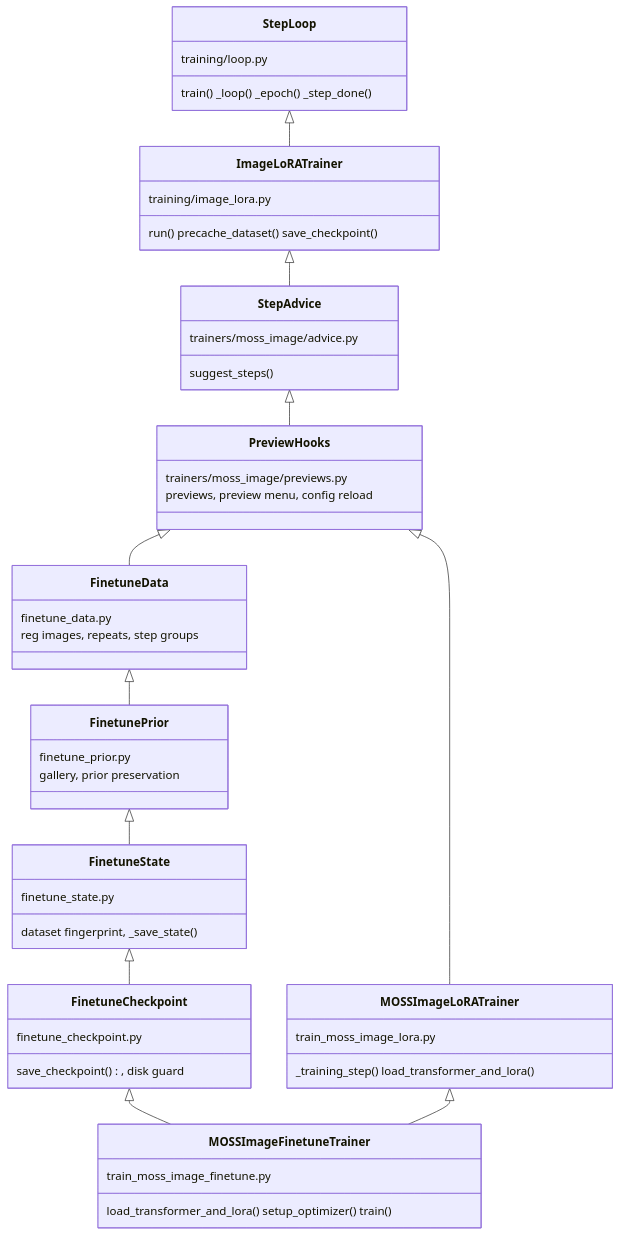
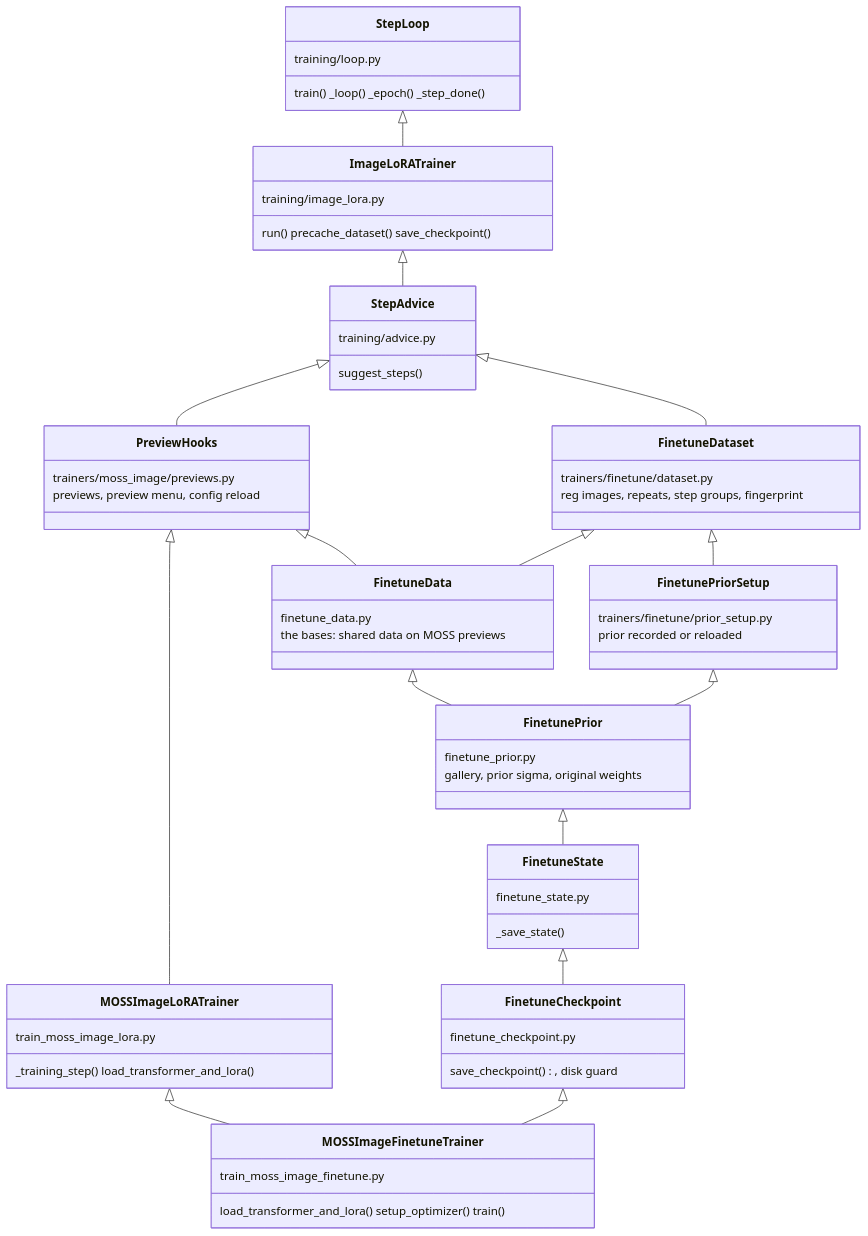
The sixth of 13 diagrams in docs/architecture.md (malcolmamal/maltrainer), drawn with Mermaid before and after one commit. The commit also changed other lines of this file and 139 other files, not shown here.

First line of the commit message:
Krea 2 finetune parity with MOSS-Image, model merging and INT8 tools (+ control API, Fibo 2.0 LoRA) (#3)

````diff
--- a/docs/architecture.md
+++ b/docs/architecture.md
@@ -233,54 +235,66 @@
 ```mermaid
 classDiagram
     direction TB
     class StepLoop {
         training/loop.py
         train() _loop() _epoch() _step_done()
     }
     class ImageLoRATrainer {
         training/image_lora.py
         run() precache_dataset() save_checkpoint()
     }
     class StepAdvice {
-        trainers/moss_image/advice.py
+        training/advice.py
         suggest_steps()
     }
     class PreviewHooks {
         trainers/moss_image/previews.py
         previews, preview menu, config reload
     }
     class MOSSImageLoRATrainer {
         train_moss_image_lora.py
         _training_step() load_transformer_and_lora()
     }
+    class FinetuneDataset {
+        trainers/finetune/dataset.py
+        reg images, repeats, step groups, fingerprint
+    }
     class FinetuneData {
         finetune_data.py
-        reg images, repeats, step groups
+        the bases: shared data on MOSS previews
+    }
+    class FinetunePriorSetup {
+        trainers/finetune/prior_setup.py
+        prior recorded or reloaded
     }
     class FinetunePrior {
         finetune_prior.py
-        gallery, prior preservation
+        gallery, prior sigma, original weights
     }
     class FinetuneState {
         finetune_state.py
-        dataset fingerprint, _save_state()
+        _save_state()
     }
     class FinetuneCheckpoint {
         finetune_checkpoint.py
         save_checkpoint(), disk guard
     }
     class MOSSImageFinetuneTrainer {
         train_moss_image_finetune.py
         load_transformer_and_lora() setup_optimizer() train()
     }
     StepLoop <|-- ImageLoRATrainer
     ImageLoRATrainer <|-- StepAdvice
     StepAdvice <|-- PreviewHooks
     PreviewHooks <|-- MOSSImageLoRATrainer
     PreviewHooks <|-- FinetuneData
+    StepAdvice <|-- FinetuneDataset
+    FinetuneDataset <|-- FinetuneData
+    FinetuneDataset <|-- FinetunePriorSetup
+    FinetunePriorSetup <|-- FinetunePrior
     FinetuneData <|-- FinetunePrior
     FinetunePrior <|-- FinetuneState
     FinetuneState <|-- FinetuneCheckpoint
     FinetuneCheckpoint <|-- MOSSImageFinetuneTrainer
     MOSSImageLoRATrainer <|-- MOSSImageFinetuneTrainer
 ```
````
